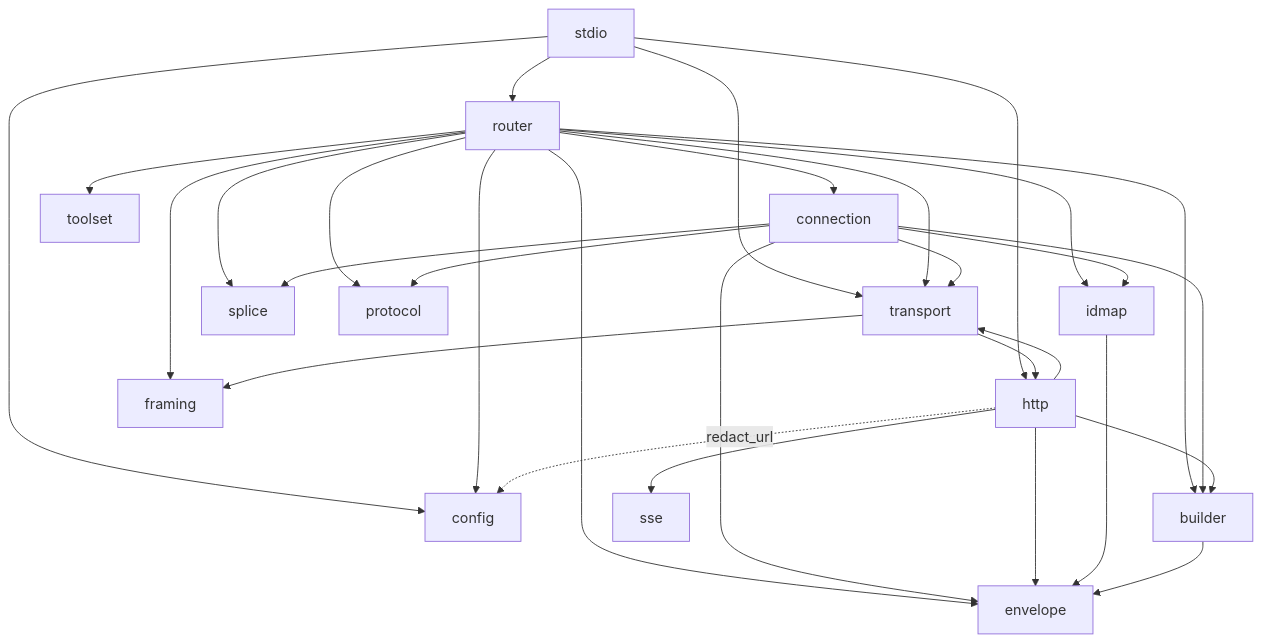
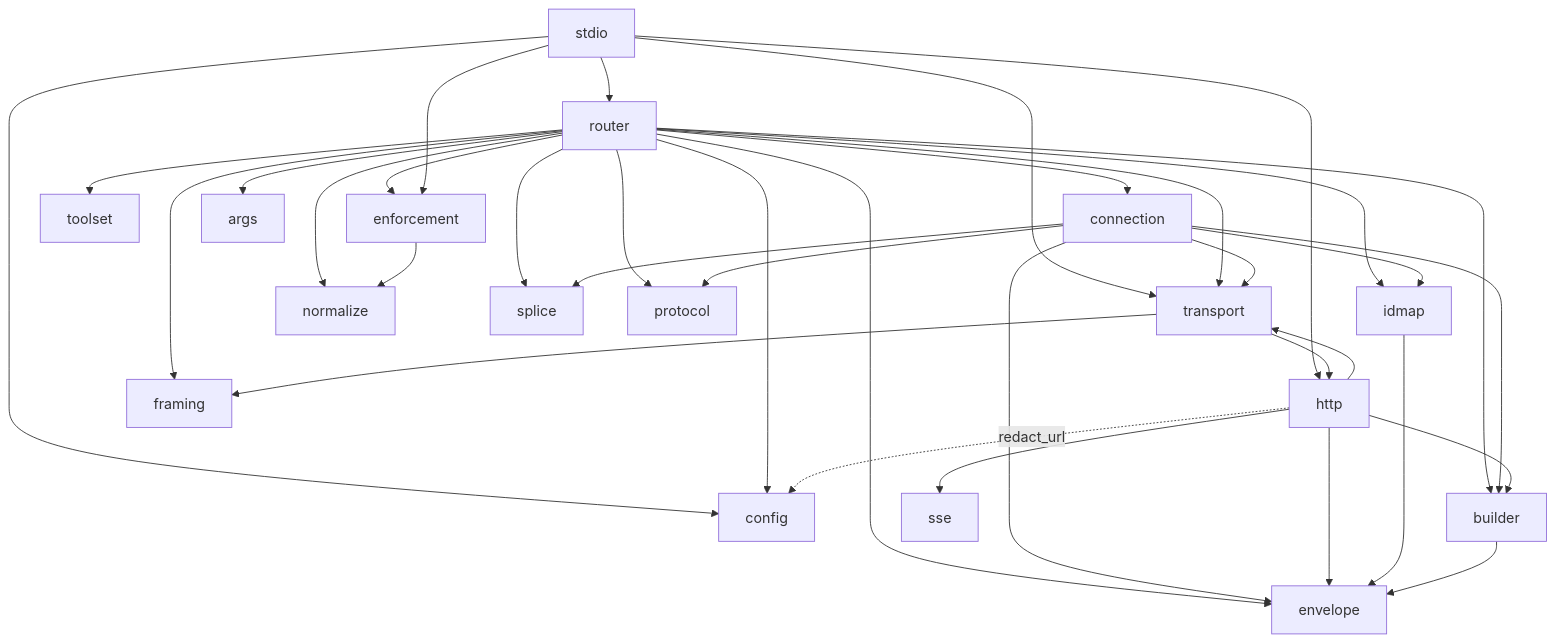
The second of 12 diagrams in docs/architecture/proxy-mcp.md (Flavian-Systems/flavium), drawn with Mermaid before and after one commit. The commit also changed other lines of this file and 24 other files, not shown here.

````diff
--- a/docs/architecture/proxy-mcp.md
+++ b/docs/architecture/proxy-mcp.md
@@ -92,32 +101,37 @@
 ```mermaid
 flowchart TD
     stdio --> router
     stdio --> config
     stdio --> transport
     stdio --> http
     router --> connection
     router --> idmap
     router --> toolset
+    router --> enforcement
+    router --> args
+    router --> normalize
     router --> transport
     router --> framing
     router --> envelope
     router --> builder
     router --> splice
     router --> protocol
     router --> config
+    enforcement --> normalize
+    stdio --> enforcement
     connection --> transport
     connection --> idmap
     connection --> envelope
     connection --> builder
     connection --> splice
     connection --> protocol
     transport --> http
     transport --> framing
     http --> sse
     http --> envelope
     http --> builder
     http --> transport
     http -. redact_url .-> config
     idmap --> envelope
     builder --> envelope
 ```
````
